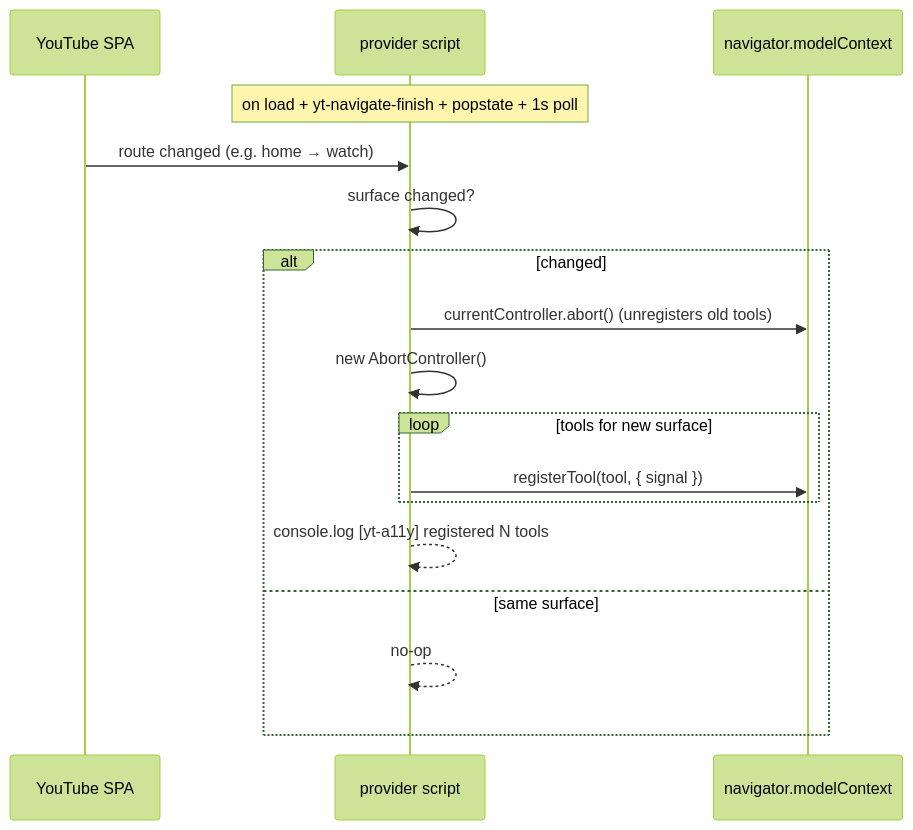
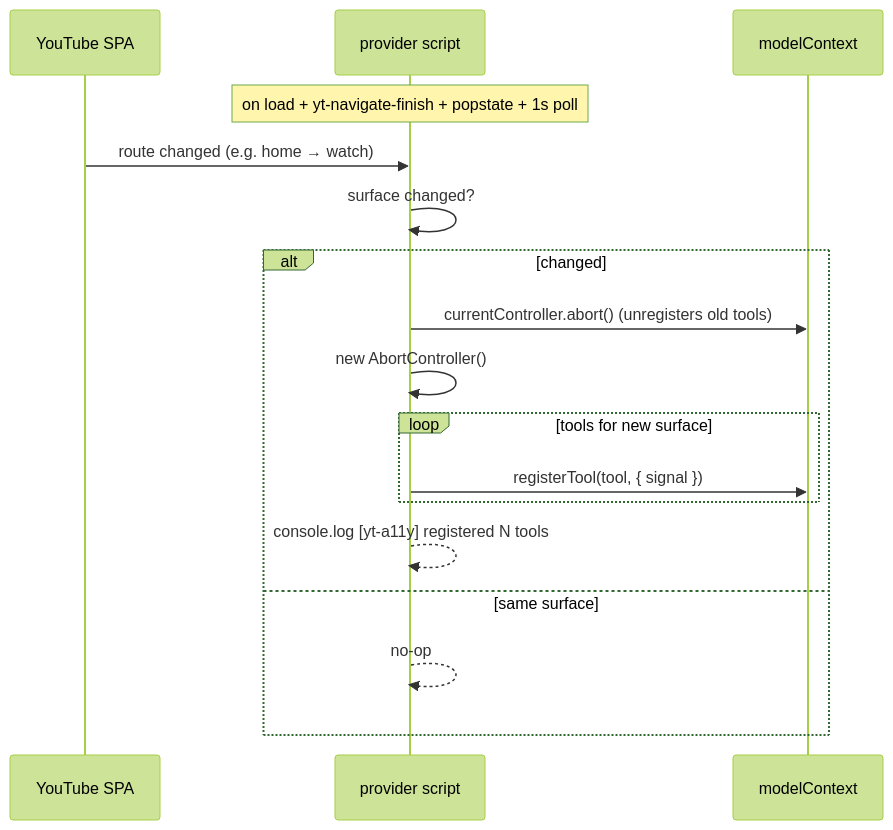
The fourth of 7 diagrams in docs/architecture/yt-a11y-agent.md (camelburrito/yt-a11y-agent), drawn with Mermaid (forest theme) before and after one commit. The commit also changed other lines of this file and 24 other files, not shown here.

````diff
--- a/docs/architecture/yt-a11y-agent.md
+++ b/docs/architecture/yt-a11y-agent.md
@@ -113,19 +114,19 @@
 ```mermaid
 sequenceDiagram
   participant YT as YouTube SPA
   participant S as provider script
-  participant MC as navigator.modelContext
+  participant MC as modelContext
   Note over S: on load + yt-navigate-finish + popstate + 1s poll
   YT->>S: route changed (e.g. home → watch)
   S->>S: surface changed?
   alt changed
     S->>MC: currentController.abort()  (unregisters old tools)
     S->>S: new AbortController()
     loop tools for new surface
       S->>MC: registerTool(tool, { signal })
     end
     S-->>S: console.log [yt-a11y] registered N tools
   else same surface
     S-->>S: no-op
   end
 ```
````
